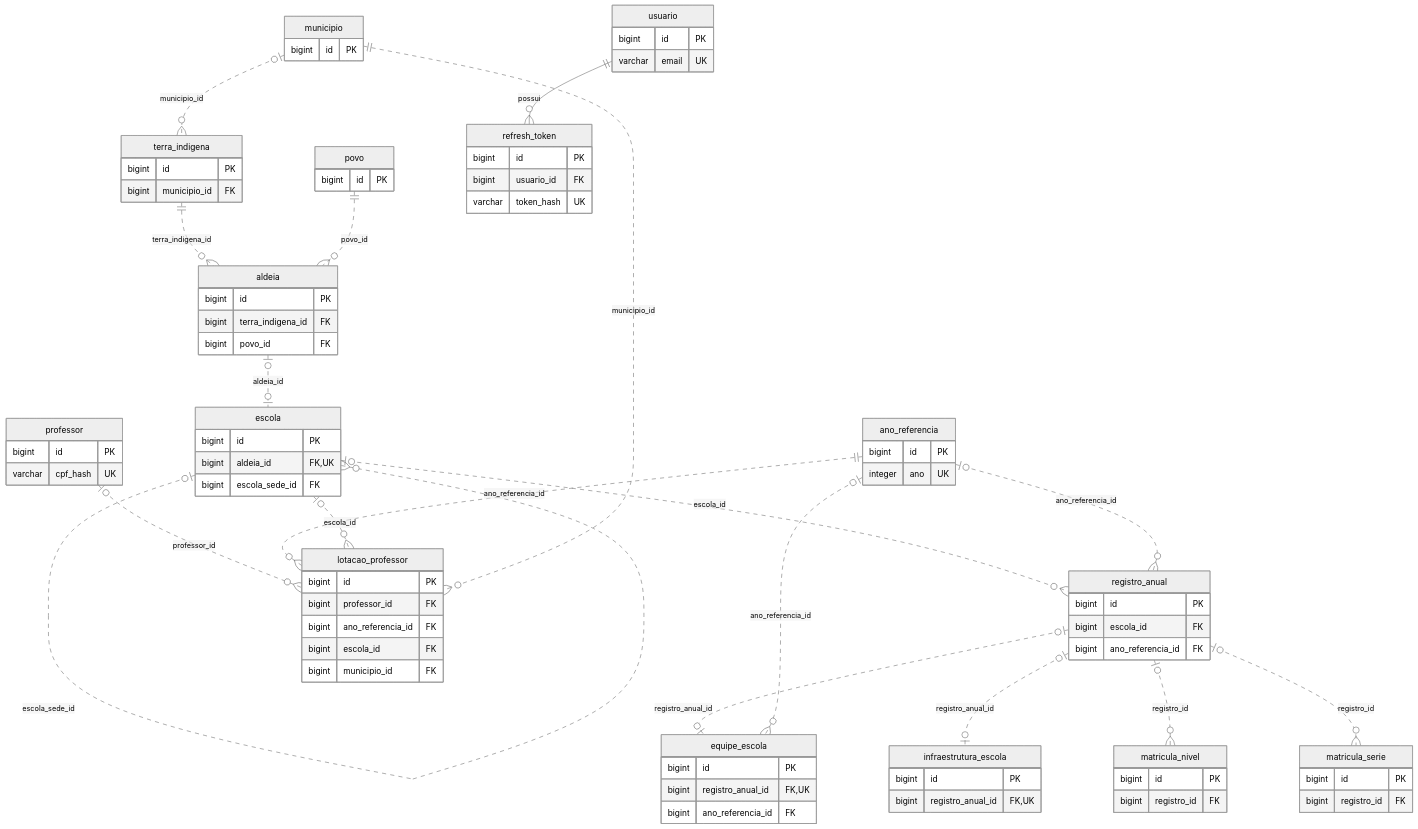
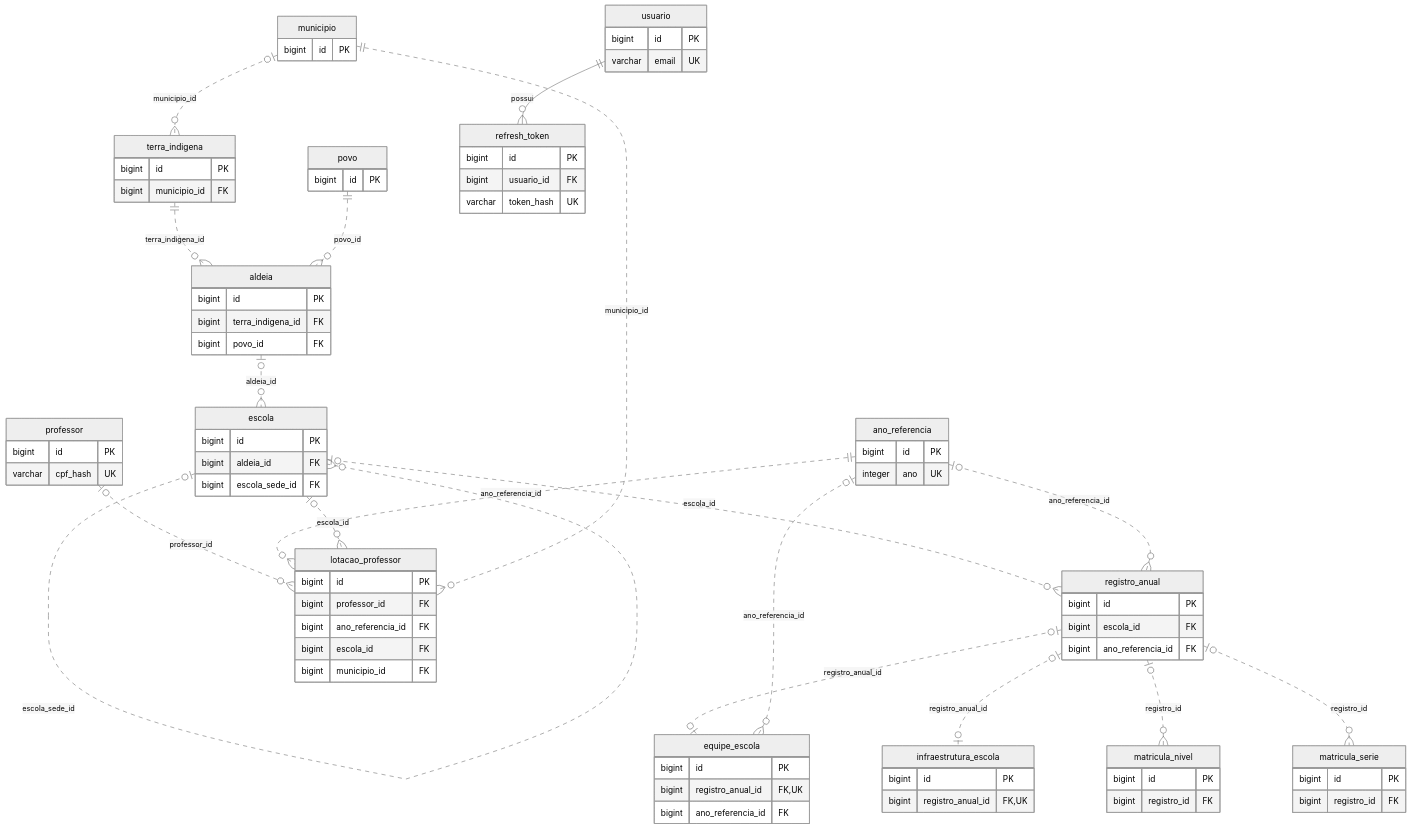
Before and after one commit to euzebio-chokolate/SIGEI: the diagram in sigei-backend/docs/BANCO_DE_DADOS.md, drawn with Mermaid (neutral theme). The commit also changed other lines of this file and 15 other files, not shown here.

```diff
--- a/sigei-backend/docs/BANCO_DE_DADOS.md
+++ b/sigei-backend/docs/BANCO_DE_DADOS.md
@@ -24,7 +24,7 @@
     municipio o|..o{ terra_indigena : municipio_id
     terra_indigena ||..o{ aldeia : terra_indigena_id
     povo ||..o{ aldeia : povo_id
-    aldeia o|..o| escola : aldeia_id
+    aldeia o|..o{ escola : aldeia_id
     escola o|..o{ escola : escola_sede_id
     escola o|..o{ registro_anual : escola_id
     ano_referencia o|..o{ registro_anual : ano_referencia_id
@@ -55,7 +55,7 @@
     }
     escola {
         bigint id PK
-        bigint aldeia_id FK,UK
+        bigint aldeia_id FK
         bigint escola_sede_id FK
     }
     ano_referencia {
```
